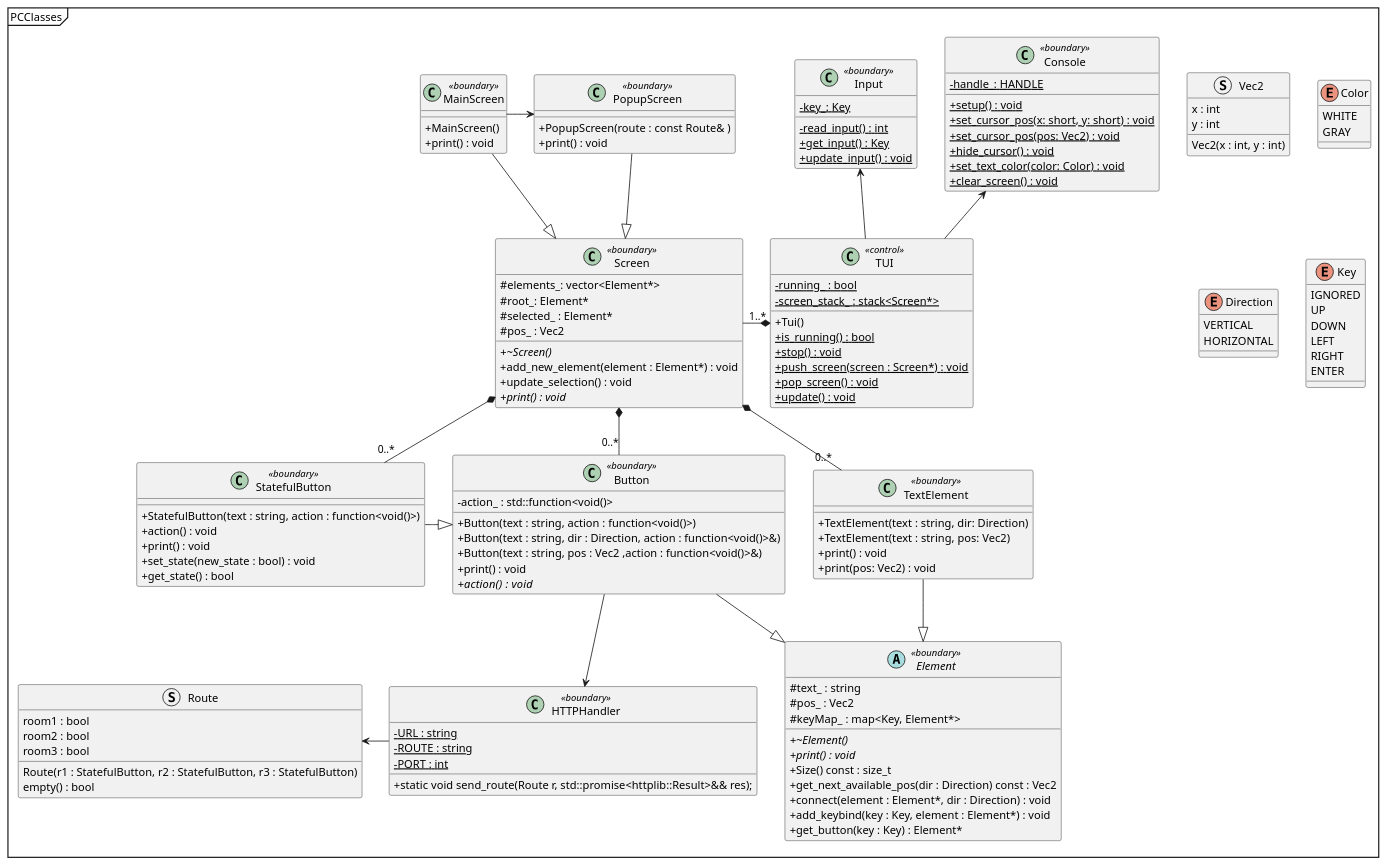
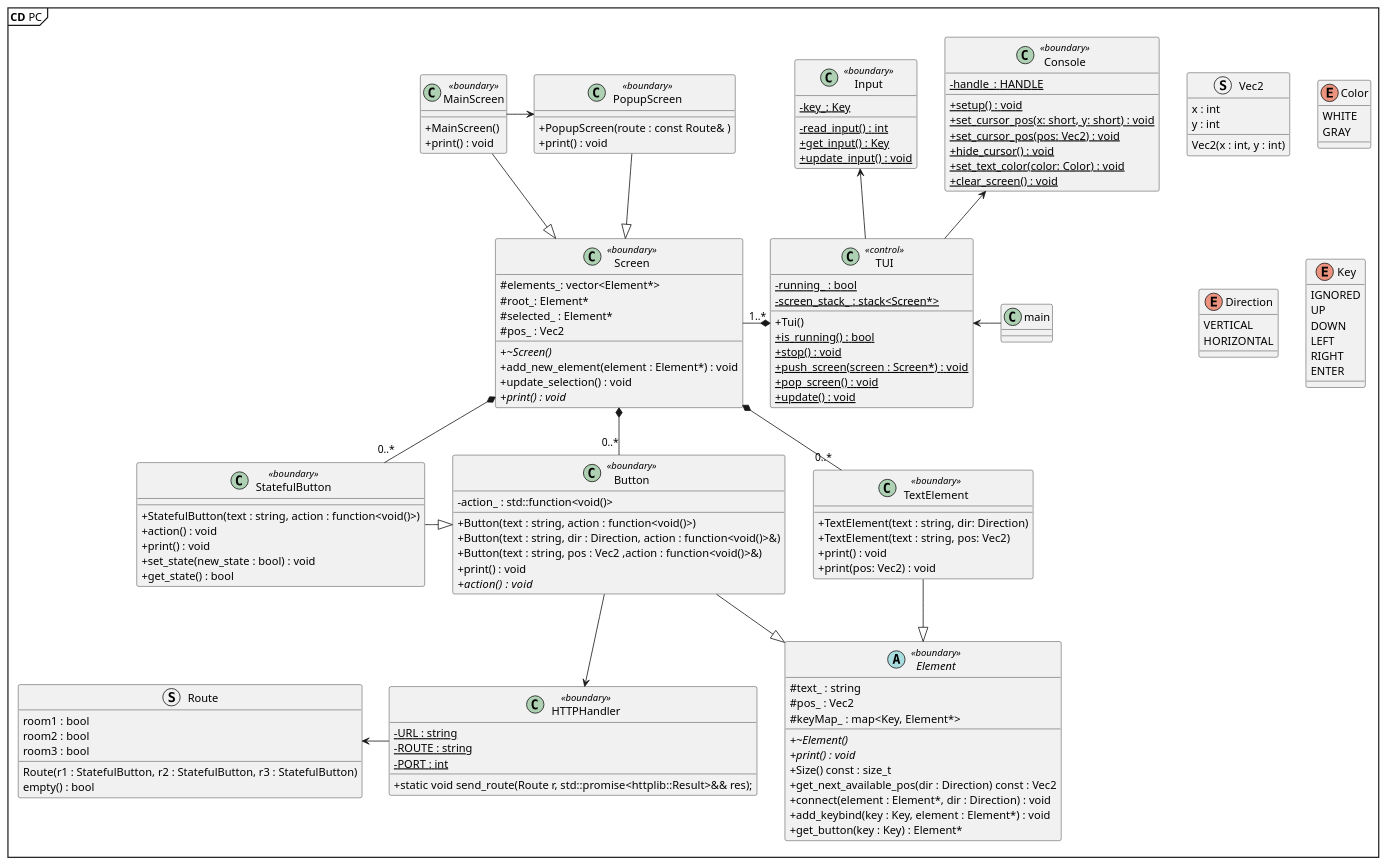
One commit to lineklemensen/PRJ3 changed the diagram in docs/diagrams/Plantuml/apModel/pc_classes.puml. Above: the diagram before and after it, drawn with PlantUML. The commit also changed 6 other files, not shown here.

```diff
--- a/docs/diagrams/Plantuml/apModel/pc_classes.puml
+++ b/docs/diagrams/Plantuml/apModel/pc_classes.puml
@@ -1,190 +1,190 @@
 @startuml PCClasses
 
-mainframe PCClasses
+mainframe **CD** PC
 'hide circle
 
 skinparam {
     packageStyle rectangle
     'Linetype ortho
     ClassAttributeIconSize 0
 }
 
 class "TUI" as tui <<control>>
 {
    - {static} running_ : bool
    - {static} screen_stack_ : stack<Screen*>
 
    + Tui()
    + {static} is_running() : bool
    + {static} stop() : void
    + {static} push_screen(screen : Screen*) : void
    + {static} pop_screen() : void
    + {static} update() : void
 }
 
 class "Console" as cs <<boundary>>
 {
 
    -{static}handle_: HANDLE
    +{static}setup() : void
    +{static}set_cursor_pos(x: short, y: short) : void
    +{static}set_cursor_pos(pos: Vec2) : void
    +{static}hide_cursor() : void
    +{static}set_text_color(color: Color) : void
    +{static}clear_screen() : void
 
 }
 
 class "Input" as in <<boundary>>
 {
    -{static}key_: Key
    -{static}read_input() : int
    +{static}get_input() : Key
    +{static}update_input() : void
 }
 
 class "Button" as b <<boundary>>
 {
    - {field}action_ : std::function<void()>
    + Button(text : string, action : function<void()>)
    + Button(text : string, dir : Direction, action : function<void()>&)
    + Button(text : string, pos : Vec2 ,action : function<void()>&)
    + print() : void
    + {abstract} action() :  void
 }
 
 abstract "Element" as e <<boundary>>
 {
    + {abstract}~Element()
    + {abstract}print() : void 
    + Size() const : size_t
    + get_next_available_pos(dir : Direction) const : Vec2
    + connect(element : Element*, dir : Direction) : void
    + add_keybind(key : Key, element : Element*) : void
    + get_button(key : Key) : Element*
 
    # text_ : string
    # pos_ : Vec2 
    # keyMap_ : map<Key, Element*>
 
 }
 
 class "TextElement" as te <<boundary>>
 {
    + TextElement(text : string, dir: Direction)
    + TextElement(text : string, pos: Vec2)
    + print() : void
    + print(pos: Vec2) : void
 }
 
 class "StatefulButton" as sb <<boundary>>
 {
    + StatefulButton(text : string, action : function<void()>)
    '+ StatefulButton(text : string, dir : Direction,action : function<void()>)
    + action() : void
    + print() : void
    + set_state(new_state : bool) : void
    + get_state() : bool
 }
 
 class "HTTPHandler" as http <<boundary>>
 {
    - {static}URL : string
    - {static}ROUTE : string
    - {static}PORT : int
 
    + static void send_route(Route r, std::promise<httplib::Result>&& res);
 }
 
 class "Screen" as sc <<boundary>>
 {
    # elements_: vector<Element*>
    # root_: Element*
    # selected_ : Element* 
    # pos_ : Vec2
 
    + {abstract}~Screen()
    + add_new_element(element : Element*) : void
    + update_selection() : void
    + {abstract}print() : void
 
 }
 
 class "MainScreen" as msc <<boundary>>
 {
    + MainScreen()
    + print() : void
 }
 class "PopupScreen" as psc <<boundary>>
 {
    + PopupScreen(route : const Route& )
    + print() : void
 }
 
 
 struct Vec2{
    x : int
    y : int
 
    Vec2(x : int, y : int)
 }
 struct Route
 {
    room1 : bool
    room2 : bool
    room3 : bool
 
    Route(r1 : StatefulButton, r2 : StatefulButton, r3 : StatefulButton)
    empty() : bool
 }
 
 enum Color {
    WHITE
    GRAY
 }
 
 enum Direction{
    VERTICAL
    HORIZONTAL
 }
 
 enum Key
 {
    IGNORED
    UP
    DOWN
    LEFT
    RIGHT
    ENTER
 }
 
 tui -u-> cs
 tui -u-> in
 
 sc <|-u- msc
 sc <|-u- psc
 
 tui *-l- "1..*" sc
 msc -r-> psc
 
 te --|> e
 sb -r-|> b
 b --|> e
 
 sc *-d- "0..*" te
 sc *-d- "0..*" sb
 sc *-d- "0..*" b
 
 b --> http 
+http -l-> Route
 
-
-http -l-> Route
+main -l->  tui
 
 'note right of Color : Used for setting the\ntext color in the terminal;
 'note right of Direction : Used for determining which\ndirection to automatically place an element
 'note right of Key : The different input keys
 'note right of Vec2 : Simple storage of a x,y pair of values.\nMostly used as coordinates
 
 
 
 @enduml
```
